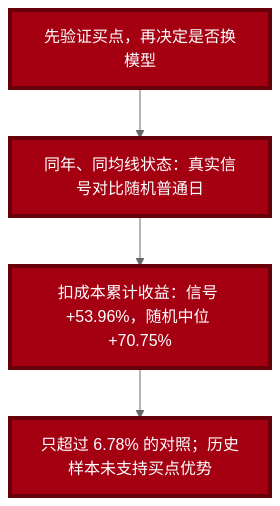
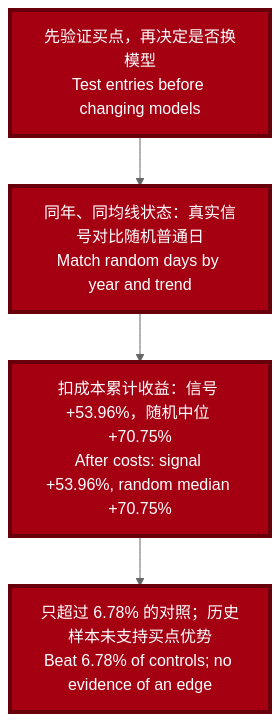
Before and after one commit to PonyMa777/spy-rebound-strategy: the third of 4 diagrams in README.md, drawn with Mermaid (neutral theme). The commit also changed other lines of this file, not shown here.

````diff
--- a/README.md
+++ b/README.md
@@ -82,8 +82,8 @@
 ```mermaid
 flowchart TD
- A["先验证买点，再决定是否换模型"] --> B["同年、同均线状态：真实信号对比随机普通日"]
- B --> C["扣成本累计收益：信号 +53.96%，随机中位 +70.75%"]
- C --> D["只超过 6.78% 的对照；历史样本未支持买点优势"]
+ A["先验证买点，再决定是否换模型<br/>Test entries before changing models"] --> B["同年、同均线状态：真实信号对比随机普通日<br/>Match random days by year and trend"]
+ B --> C["扣成本累计收益：信号 +53.96%，随机中位 +70.75%<br/>After costs: signal +53.96%, random median +70.75%"]
+ C --> D["只超过 6.78% 的对照；历史样本未支持买点优势<br/>Beat 6.78% of controls; no evidence of an edge"]
  classDef urgent fill:#a40012,color:#ffffff,stroke:#67000b,stroke-width:4px;
  class A,B,C,D urgent;
 ```
````
